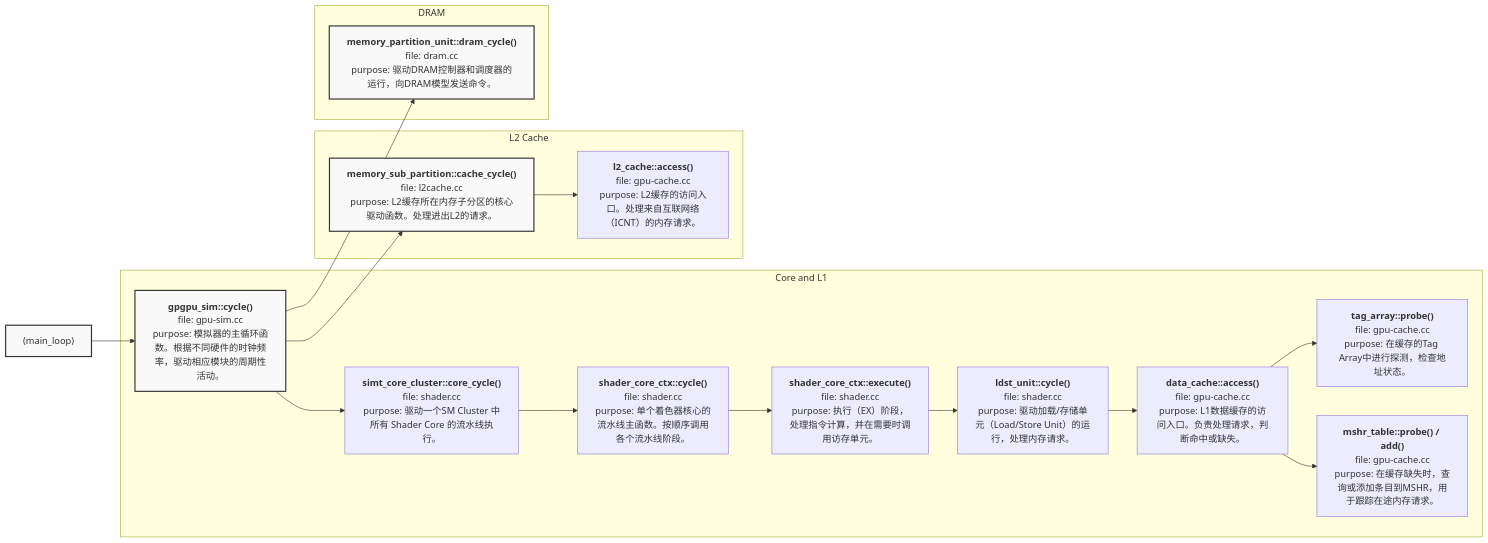
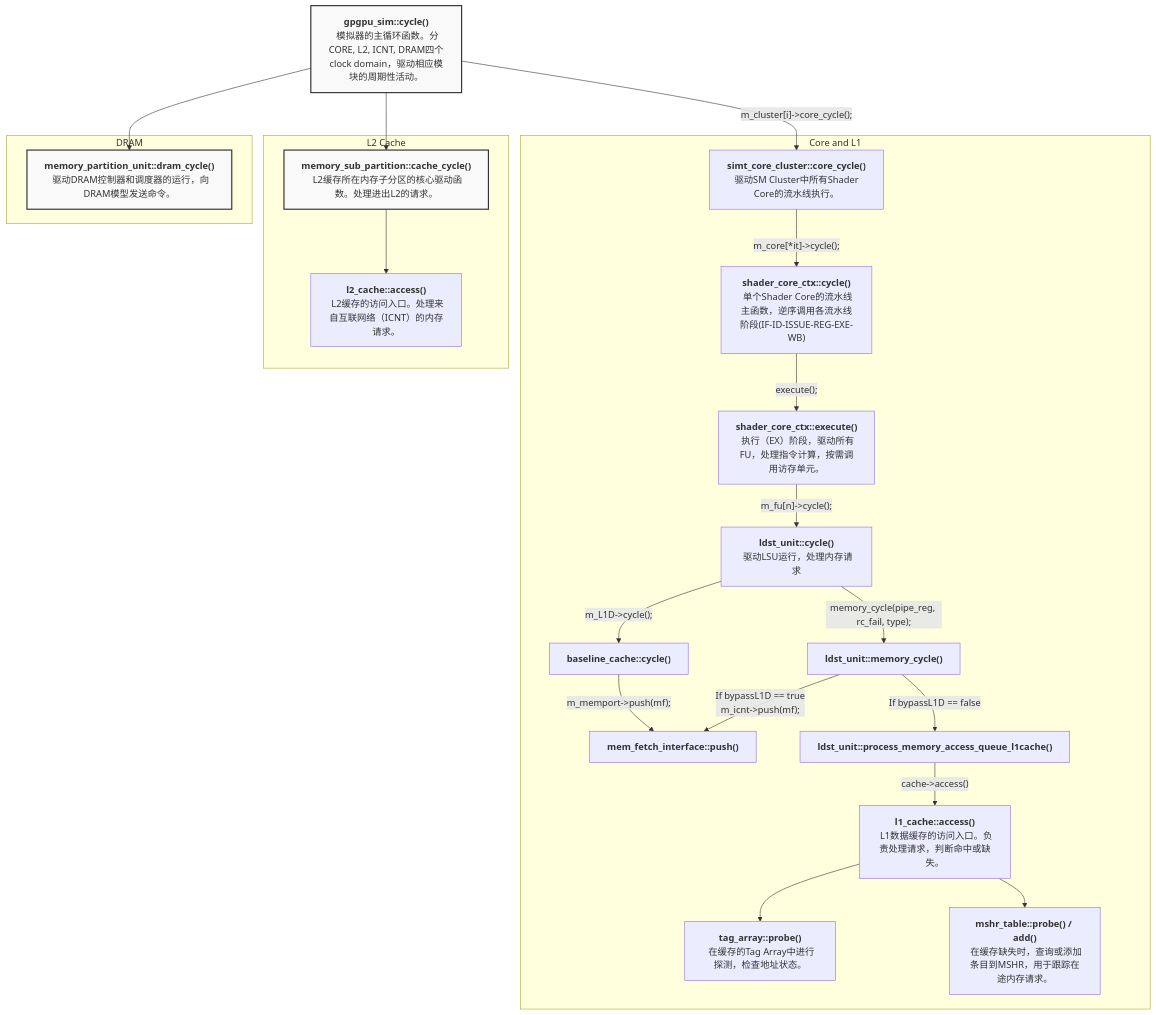
The diagram in gpgpusim_wiki/gpgpusim_wiki.md (seanzw/random), drawn with Mermaid before and after one commit. The commit also changed other lines of this file, not shown here.

Commit message:
Update mem calling chain

````diff
--- a/gpgpusim_wiki/gpgpusim_wiki.md
+++ b/gpgpusim_wiki/gpgpusim_wiki.md
@@ -91,44 +90,52 @@
 ```mermaid
-graph LR;
+graph TD;
     %% --- 节点定义 (Node Definitions) ---
-    A["(main_loop)"];
-    B["<b>gpgpu_sim::cycle()</b><br>file: gpu-sim.cc<br>purpose: 模拟器的主循环函数。根据不同硬件的时钟频率，驱动相应模块的周期性活动。"];
-    C["<b>simt_core_cluster::core_cycle()</b><br>file: shader.cc<br>purpose: 驱动一个SM Cluster 中所有 Shader Core 的流水线执行。"];
-    D["<b>shader_core_ctx::cycle()</b><br>file: shader.cc<br>purpose: 单个着色器核心的流水线主函数。按顺序调用各个流水线阶段。"];
-    E["<b>shader_core_ctx::execute()</b><br>file: shader.cc<br>purpose: 执行（EX）阶段，处理指令计算，并在需要时调用访存单元。"];
-    F["<b>ldst_unit::cycle()</b><br>file: shader.cc<br>purpose: 驱动加载/存储单元（Load/Store Unit）的运行，处理内存请求。"];
-    G["<b>data_cache::access()</b><br>file: gpu-cache.cc<br>purpose: L1数据缓存的访问入口。负责处理请求，判断命中或缺失。"];
-    H["<b>tag_array::probe()</b><br>file: gpu-cache.cc<br>purpose: 在缓存的Tag Array中进行探测，检查地址状态。"];
-    I["<b>mshr_table::probe() / add()</b><br>file: gpu-cache.cc<br>purpose: 在缓存缺失时，查询或添加条目到MSHR，用于跟踪在途内存请求。"];
-    J["<b>memory_sub_partition::cache_cycle()</b><br>file: l2cache.cc<br>purpose: L2缓存所在内存子分区的核心驱动函数。处理进出L2的请求。"];
-    K["<b>l2_cache::access()</b><br>file: gpu-cache.cc<br>purpose: L2缓存的访问入口。处理来自互联网络（ICNT）的内存请求。"];
-    L["<b>memory_partition_unit::dram_cycle()</b><br>file: dram.cc<br>purpose: 驱动DRAM控制器和调度器的运行，向DRAM模型发送命令。"];
+    B["<b>gpgpu_sim::cycle()</b><br> 模拟器的主循环函数。分CORE, L2, ICNT, DRAM四个clock domain，驱动相应模块的周期性活动。"];
+    C["<b>simt_core_cluster::core_cycle()</b><br> 驱动SM Cluster中所有Shader Core的流水线执行。"];
+    D["<b>shader_core_ctx::cycle()</b><br> 单个Shader Core的流水线主函数，逆序调用各流水线阶段(IF-ID-ISSUE-REG-EXE-WB)"];
+    E["<b>shader_core_ctx::execute()</b><br> 执行（EX）阶段，驱动所有FU，处理指令计算，按需调用访存单元。"];
+    F["<b>ldst_unit::cycle()</b><br> 驱动LSU运行，处理内存请求"];
+    G["<b>l1_cache::access()</b><br> L1数据缓存的访问入口。负责处理请求，判断命中或缺失。"];
+    M["<b>baseline_cache::cycle()<br>"];
+    N["<b>ldst_unit::memory_cycle()<br>"];
+    Na["<b>mem_fetch_interface::push()<br>"];
+    Nb["<b>ldst_unit::process_memory_access_queue_l1cache()<br>"]
+    H["<b>tag_array::probe()</b><br> 在缓存的Tag Array中进行探测，检查地址状态。"];
+    I["<b>mshr_table::probe() / add()</b><br> 在缓存缺失时，查询或添加条目到MSHR，用于跟踪在途内存请求。"];
+    J["<b>memory_sub_partition::cache_cycle()</b><br> L2缓存所在内存子分区的核心驱动函数。处理进出L2的请求。"];
+    K["<b>l2_cache::access()</b><br> L2缓存的访问入口。处理来自互联网络（ICNT）的内存请求。"];
+    L["<b>memory_partition_unit::dram_cycle()</b><br> 驱动DRAM控制器和调度器的运行，向DRAM模型发送命令。"];
 
     %% --- 边定义 (Edge Definitions / Call Chain) ---
-    A --> B;
-    
+    B --m_cluster[i]->core_cycle();--> C;
+    B --> J;
+    B --> L;
+
     subgraph Core and L1
-        B --> C;
-        C --> D;
-        D --> E;
-        E --> F;
-        F --> G;
+        C --m_core[*it]->cycle();--> D;
+        D --execute();--> E;
+        E --m_fu[n]->cycle();--> F;
+        F --m_L1D->cycle();--> M;
+        M --m_memport->push(mf);--> Na;
+        F --memory_cycle(pipe_reg, rc_fail, type);--> N;
+        N --If bypassL1D == true<br>m_icnt->push(mf);--> Na;
+        N --If bypassL1D == false--> Nb;
+        Nb --cache->access()--> G;
         G --> H;
         G --> I;
     end
 
     subgraph L2 Cache
-        B --> J;
         J --> K;
     end
 
     subgraph DRAM
-        B --> L;
+        L;
     end
 
     %% --- 样式 (Styling) ---
-    style A fill:#f9f9f9,stroke:#333,stroke-width:2px
+    %% style A fill:#f9f9f9,stroke:#333,stroke-width:2px
     style B fill:#f9f9f9,stroke:#333,stroke-width:2px
     style J fill:#f9f9f9,stroke:#333,stroke-width:2px
     style L fill:#f9f9f9,stroke:#333,stroke-width:2px
 ```
````
